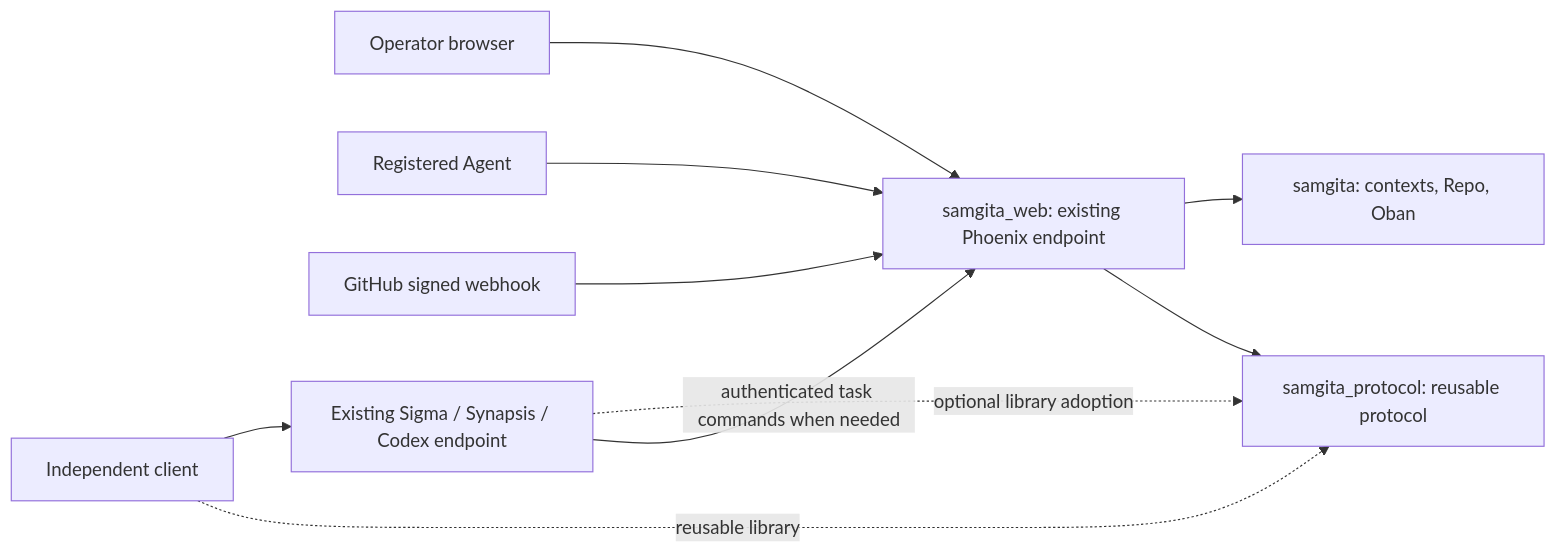
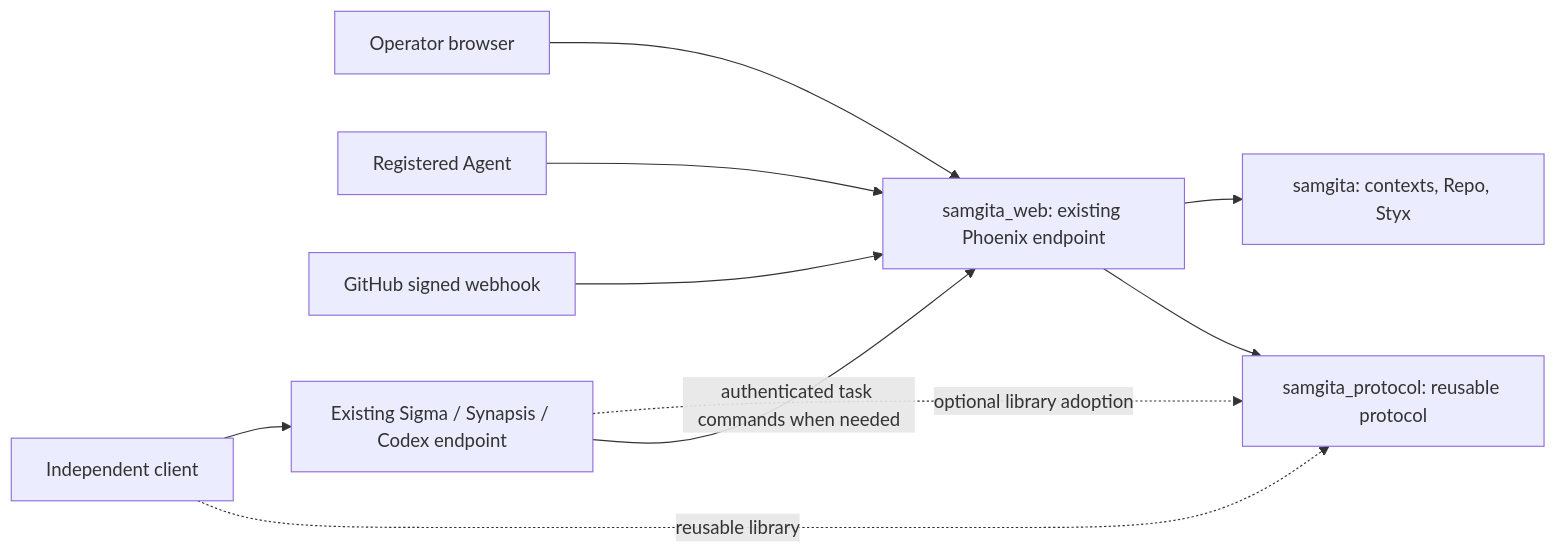
One commit to gsmlg-opt/Samgita changed the diagram in docs/redesign/design.md. Above: the diagram before and after it, drawn with Mermaid. The commit also changed other lines of this file and 7 other files, not shown here.

First line of the commit message:
docs(architecture): record dependency migration limits [skip ci]

````diff
--- a/docs/redesign/design.md
+++ b/docs/redesign/design.md
@@ -56,12 +64,12 @@
 ```mermaid
 flowchart LR
   UI[Operator browser] --> Web[samgita_web: existing Phoenix endpoint]
   Agent[Registered Agent] --> Web
   GH[GitHub signed webhook] --> Web
-  Web --> Core[samgita: contexts, Repo, Oban]
+  Web --> Core[samgita: contexts, Repo, Styx]
   Web --> Protocol[samgita_protocol: reusable protocol]
   Client[Independent client] --> Service[Existing Sigma / Synapsis / Codex endpoint]
   Client -. reusable library .-> Protocol
   Service -. optional library adoption .-> Protocol
   Service -->|authenticated task commands when needed| Web
 ```
````
